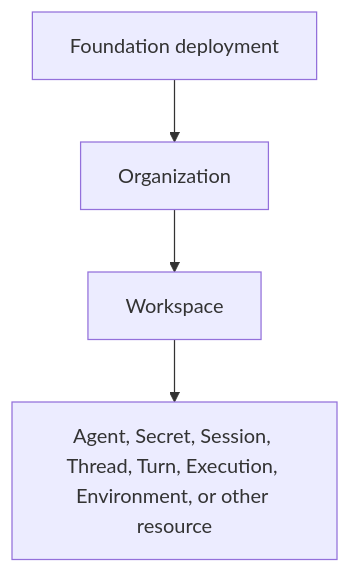
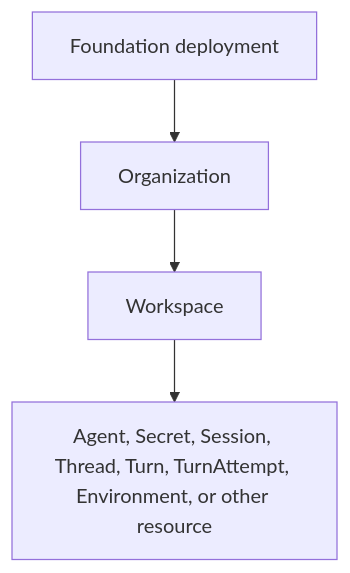
One commit to LTThreeComma/agent-foundation changed the diagram in spec/foundation-service/10-identity-and-access-management.md. Above: the diagram before and after it, drawn with Mermaid. The commit also changed other lines of this file and 31 other files, not shown here.

````diff
--- a/spec/foundation-service/10-identity-and-access-management.md
+++ b/spec/foundation-service/10-identity-and-access-management.md
@@ -23,9 +23,9 @@
 ```mermaid
 flowchart TB
     Deployment[Foundation deployment]
     Organization[Organization]
     Workspace[Workspace]
-    Resource[Agent, Secret, Session, Thread, Turn, Execution, Environment, or other resource]
+    Resource[Agent, Secret, Session, Thread, Turn, TurnAttempt, Environment, or other resource]
 
     Deployment --> Organization --> Workspace --> Resource
 ```
````
